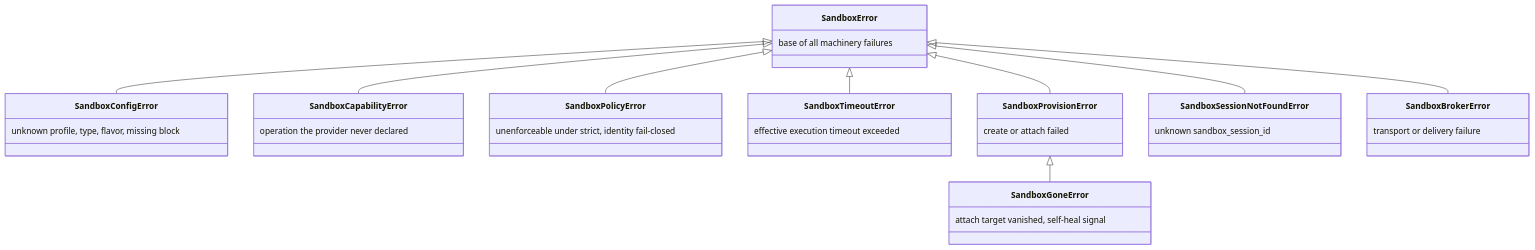
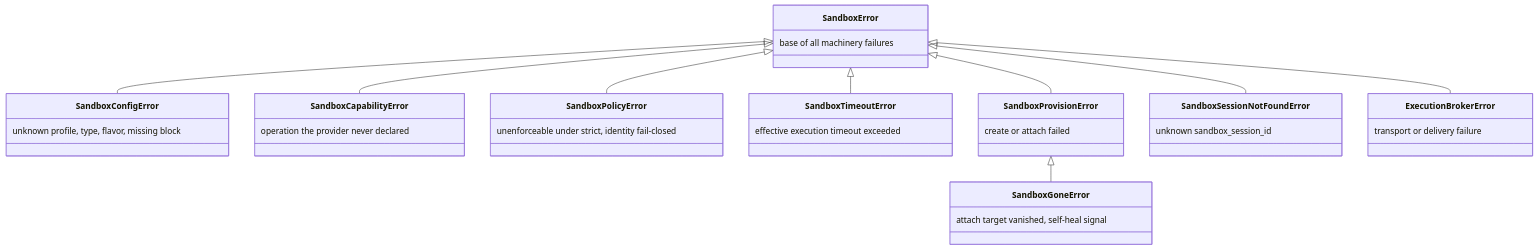
Before and after one commit to yaalalabs/agent-kernel: the ninth of 9 diagrams in docs/docs/architecture/sandbox-internals.md, drawn with Mermaid. The commit also changed other lines of this file and 27 other files, not shown here.

First line of the commit message:
refactor: rename SandboxManager to ExecutionManager and related classes for clarity

````diff
--- a/docs/docs/architecture/sandbox-internals.md
+++ b/docs/docs/architecture/sandbox-internals.md
@@ -415,22 +451,22 @@
 ```mermaid
 classDiagram
     direction TB
     class SandboxError { base of all machinery failures }
     class SandboxConfigError { unknown profile, type, flavor, missing block }
     class SandboxCapabilityError { operation the provider never declared }
     class SandboxPolicyError { unenforceable under strict, identity fail-closed }
     class SandboxTimeoutError { effective execution timeout exceeded }
     class SandboxProvisionError { create or attach failed }
     class SandboxGoneError { attach target vanished, self-heal signal }
     class SandboxSessionNotFoundError { unknown sandbox_session_id }
-    class SandboxBrokerError { transport or delivery failure }
+    class ExecutionBrokerError { transport or delivery failure }
 
     SandboxError <|-- SandboxConfigError
     SandboxError <|-- SandboxCapabilityError
     SandboxError <|-- SandboxPolicyError
     SandboxError <|-- SandboxTimeoutError
     SandboxError <|-- SandboxProvisionError
     SandboxProvisionError <|-- SandboxGoneError
     SandboxError <|-- SandboxSessionNotFoundError
-    SandboxError <|-- SandboxBrokerError
+    SandboxError <|-- ExecutionBrokerError
 ```
````
